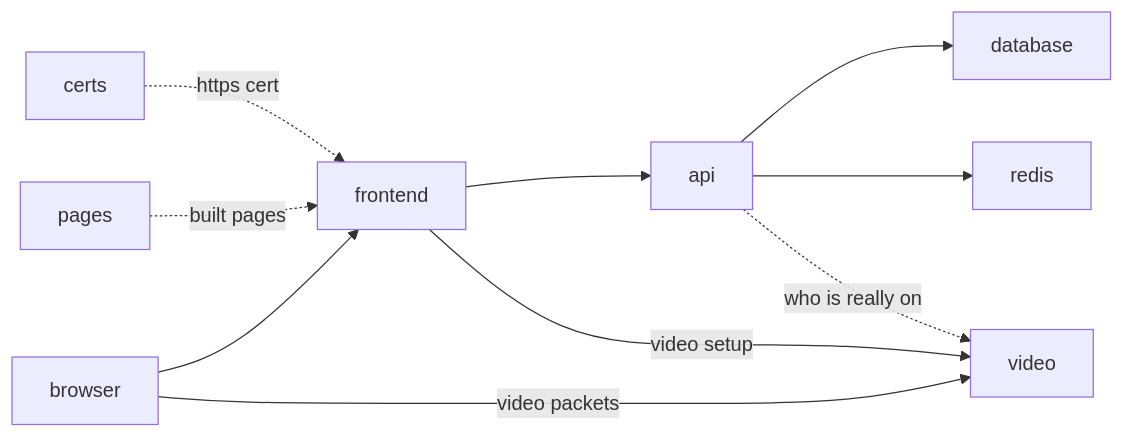
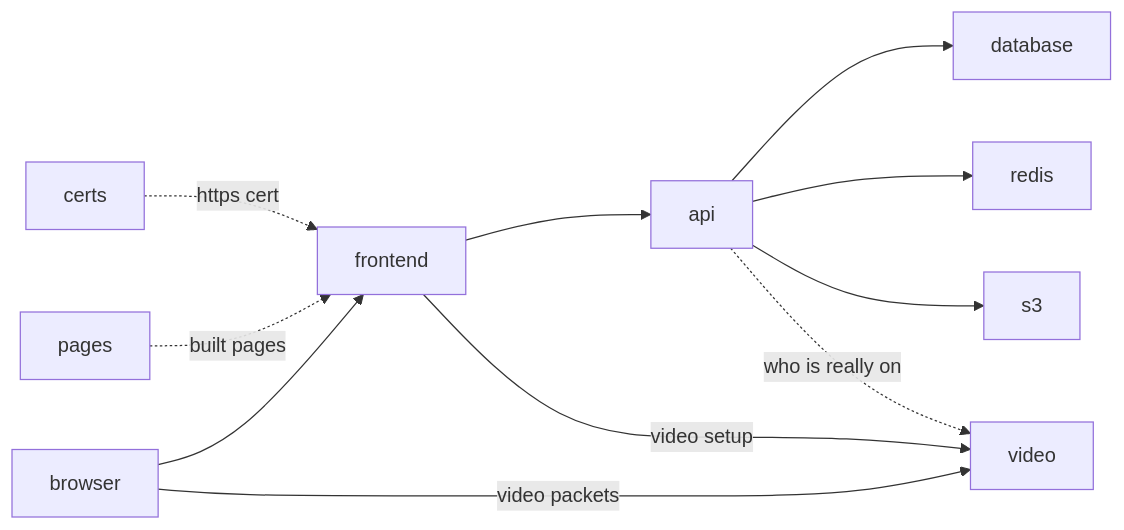
One commit to ZeroNerodaHero/slop-stream-architecture changed the second of 2 diagrams in docs/overview.md. Above: the diagram before and after it, drawn with Mermaid. The commit also changed other lines of this file and 29 other files, not shown here.

````diff
--- a/docs/overview.md
+++ b/docs/overview.md
@@ -58,12 +58,13 @@
 ```mermaid
 flowchart LR
   certs -.->|https cert| frontend
   pages -.->|built pages| frontend
   browser[browser] --> frontend
   frontend --> api
   frontend -->|video setup| video
   api --> database
   api --> redis
+  api --> s3
   api -.->|who is really on| video
   browser -->|video packets| video
 ```
````
